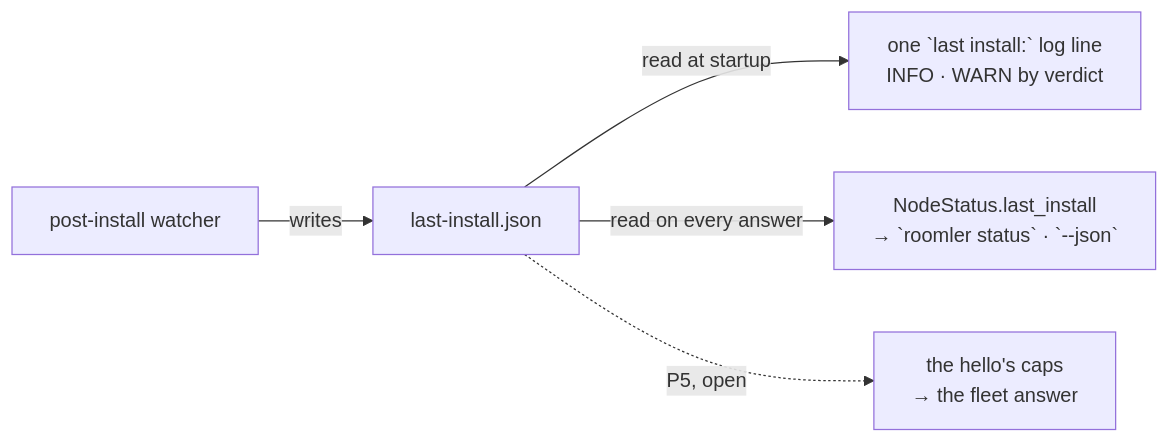
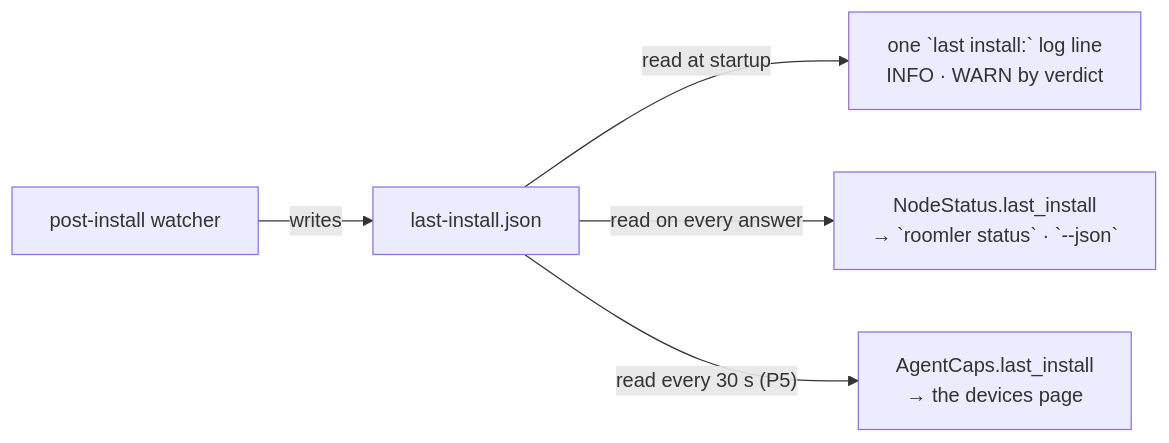
The first of 3 diagrams in docs/fr/FR-67-update-outcome-observability.md (gjovanov/roomler-ai), drawn with Mermaid before and after one commit. The commit also changed other lines of this file and 53 other files, not shown here.

````diff
--- a/docs/fr/FR-67-update-outcome-observability.md
+++ b/docs/fr/FR-67-update-outcome-observability.md
@@ -116,7 +116,7 @@
 ```mermaid
 flowchart LR
     W[post-install watcher] -->|writes| F[last-install.json]
     F -->|read at startup| L["one `last install:` log line<br/>INFO · WARN by verdict"]
     F -->|read on every answer| S["NodeStatus.last_install<br/>→ `roomler status` · `--json`"]
-    F -.->|P5, open| H["the hello's caps<br/>→ the fleet answer"]
+    F -->|"read every 30 s (P5)"| H["AgentCaps.last_install<br/>→ the devices page"]
 ```
````
